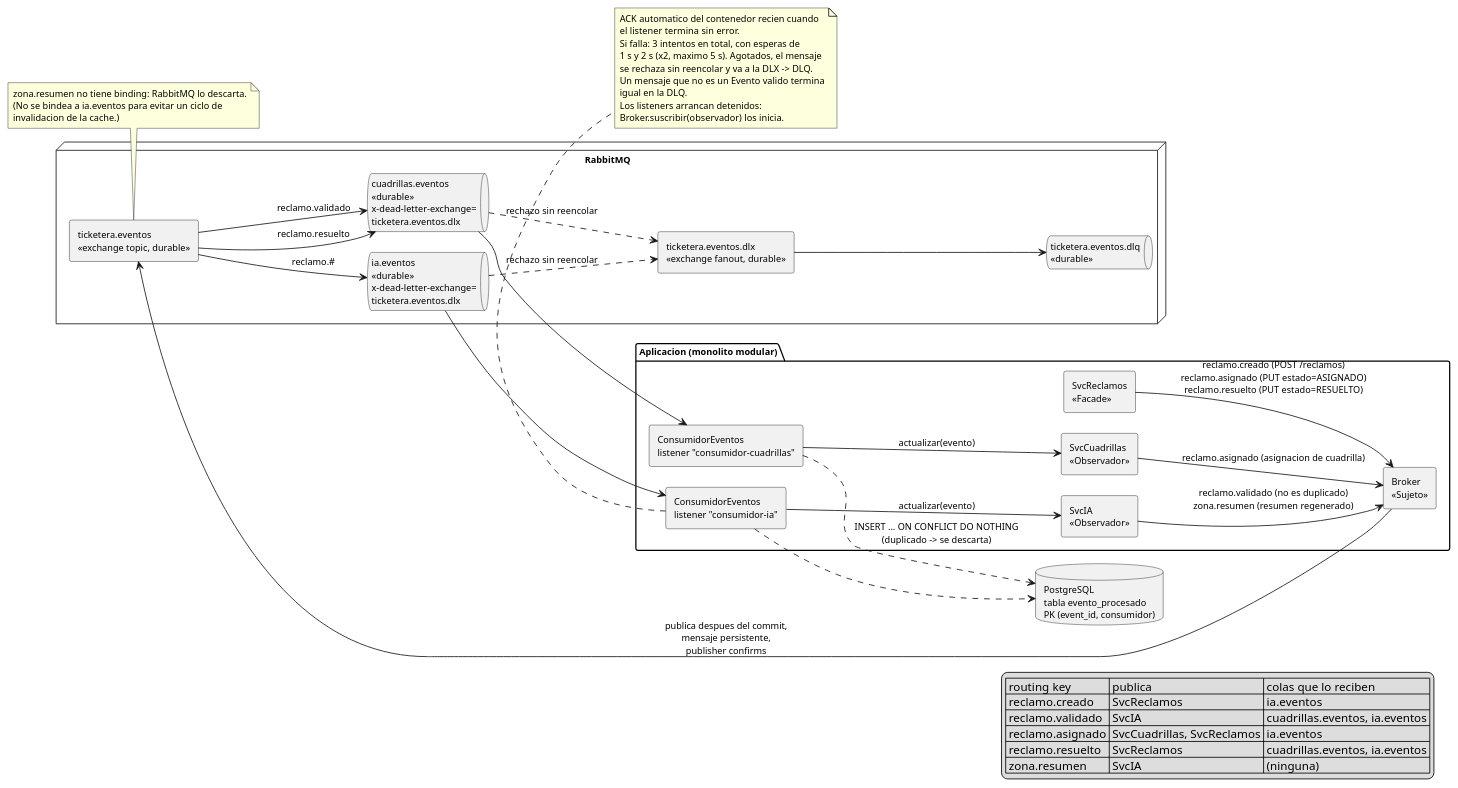
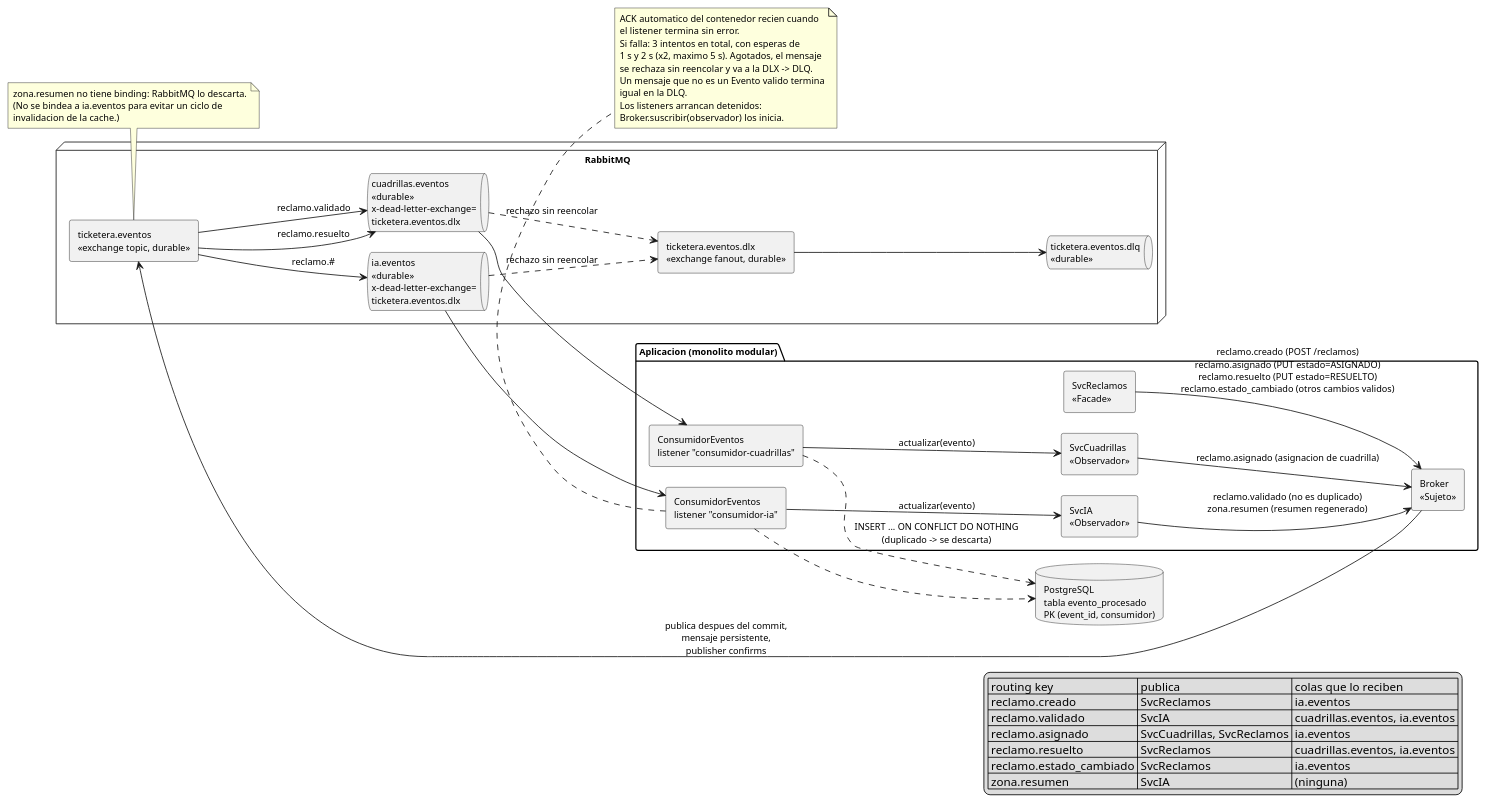
One commit to francolovera24/Backend-TicketeraMunicipal-DDA2 changed the diagram in docs/06_diagrama_flujo_mensajes.puml. Above: the diagram before and after it, drawn with PlantUML. The commit also changed 6 other files, not shown here.

Commit message:
fix: invalidar resumen ante todos los cambios de estado validos

```diff
--- a/docs/06_diagrama_flujo_mensajes.puml
+++ b/docs/06_diagrama_flujo_mensajes.puml
@@ -1,79 +1,80 @@
 @startuml FlujoMensajes
 ' Flujo de mensajes RabbitMQ tal como lo implementan RabbitMQConfig,
 ' ConsumidorEventos, Broker y application.yml (spring.rabbitmq.listener).
 left to right direction
 skinparam componentStyle rectangle
 skinparam defaultFontSize 11
 skinparam nodesep 25
 skinparam ranksep 40
 
 package "Aplicacion (monolito modular)" {
     [SvcReclamos\n<<Facade>>] as SvcReclamos
     [SvcIA\n<<Observador>>] as SvcIA
     [SvcCuadrillas\n<<Observador>>] as SvcCuadrillas
     [Broker\n<<Sujeto>>] as Broker
     [ConsumidorEventos\nlistener "consumidor-cuadrillas"] as LCuadrillas
     [ConsumidorEventos\nlistener "consumidor-ia"] as LIa
 }
 
 node "RabbitMQ" {
     component "ticketera.eventos\n<<exchange topic, durable>>" as EX
     queue "cuadrillas.eventos\n<<durable>>\nx-dead-letter-exchange=\nticketera.eventos.dlx" as QC
     queue "ia.eventos\n<<durable>>\nx-dead-letter-exchange=\nticketera.eventos.dlx" as QI
     component "ticketera.eventos.dlx\n<<exchange fanout, durable>>" as DLX
     queue "ticketera.eventos.dlq\n<<durable>>" as DLQ
 }
 
 database "PostgreSQL\ntabla evento_procesado\nPK (event_id, consumidor)" as EP
 
 ' ---------- publicacion ----------
-SvcReclamos --> Broker : reclamo.creado (POST /reclamos)\nreclamo.asignado (PUT estado=ASIGNADO)\nreclamo.resuelto (PUT estado=RESUELTO)
+SvcReclamos --> Broker : reclamo.creado (POST /reclamos)\nreclamo.asignado (PUT estado=ASIGNADO)\nreclamo.resuelto (PUT estado=RESUELTO)\nreclamo.estado_cambiado (otros cambios validos)
 SvcIA --> Broker : reclamo.validado (no es duplicado)\nzona.resumen (resumen regenerado)
 SvcCuadrillas --> Broker : reclamo.asignado (asignacion de cuadrilla)
 Broker --> EX : publica despues del commit,\nmensaje persistente,\npublisher confirms
 
 ' ---------- bindings ----------
 EX --> QC : reclamo.validado
 EX --> QC : reclamo.resuelto
 EX --> QI : reclamo.#
 
 ' ---------- consumo ----------
 QC --> LCuadrillas
 QI --> LIa
 LCuadrillas --> SvcCuadrillas : actualizar(evento)
 LIa --> SvcIA : actualizar(evento)
 LCuadrillas ..> EP : INSERT ... ON CONFLICT DO NOTHING\n(duplicado -> se descarta)
 LIa ..> EP
 
 ' ---------- errores ----------
 QC ..> DLX : rechazo sin reencolar
 QI ..> DLX : rechazo sin reencolar
 DLX --> DLQ
 
 note bottom of EX
   zona.resumen no tiene binding: RabbitMQ lo descarta.
   (No se bindea a ia.eventos para evitar un ciclo de
   invalidacion de la cache.)
 end note
 
 note bottom of LIa
   ACK automatico del contenedor recien cuando
   el listener termina sin error.
   Si falla: 3 intentos en total, con esperas de
   1 s y 2 s (x2, maximo 5 s). Agotados, el mensaje
   se rechaza sin reencolar y va a la DLX -> DLQ.
   Un mensaje que no es un Evento valido termina
   igual en la DLQ.
   Los listeners arrancan detenidos:
   Broker.suscribir(observador) los inicia.
 end note
 
 legend right
   | routing key | publica | colas que lo reciben |
   | reclamo.creado | SvcReclamos | ia.eventos |
   | reclamo.validado | SvcIA | cuadrillas.eventos, ia.eventos |
   | reclamo.asignado | SvcCuadrillas, SvcReclamos | ia.eventos |
   | reclamo.resuelto | SvcReclamos | cuadrillas.eventos, ia.eventos |
+  | reclamo.estado_cambiado | SvcReclamos | ia.eventos |
   | zona.resumen | SvcIA | (ninguna) |
 endlegend
 @enduml
```
